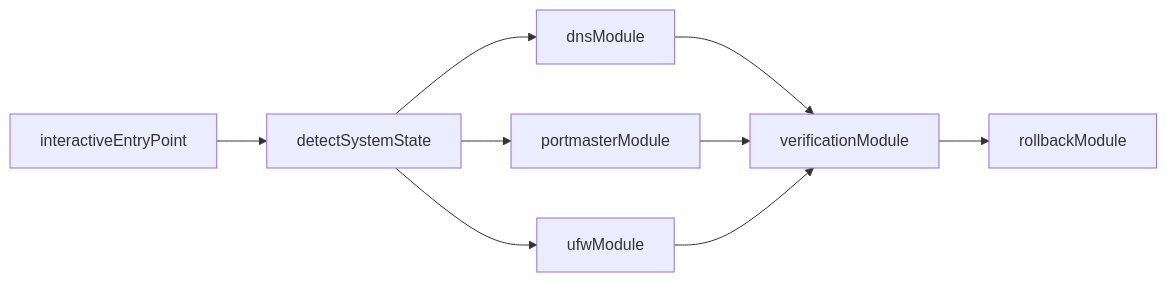
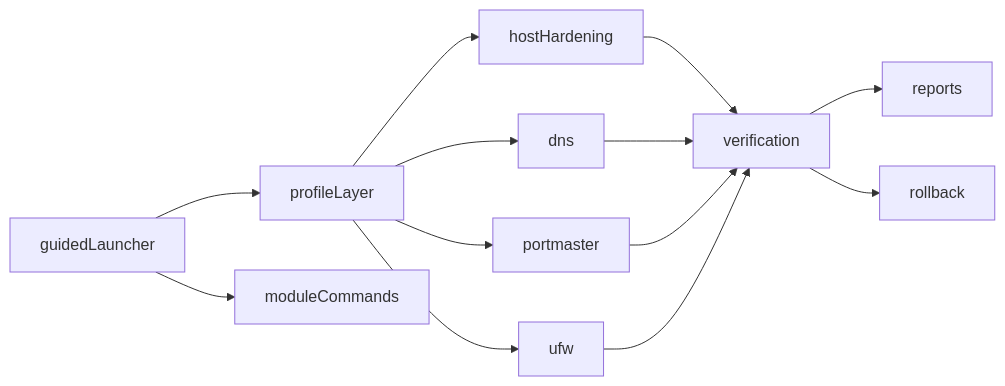
The diagram in docs/architecture.md (AcerThyRacer/Linux-Extra-Security), drawn with Mermaid before and after one commit. The commit also changed other lines of this file and 43 other files, not shown here.

First line of the commit message:
feat: expand toolkit into guided hardening suite

````diff
--- a/docs/architecture.md
+++ b/docs/architecture.md
@@ -9,11 +12,15 @@
 ```mermaid
 flowchart LR
-entry[interactiveEntryPoint] --> detect[detectSystemState]
-detect --> dns[dnsModule]
-detect --> pm[portmasterModule]
-detect --> ufw[ufwModule]
-dns --> verify[verificationModule]
+entry[guidedLauncher] --> profiles[profileLayer]
+entry --> modules[moduleCommands]
+profiles --> dns[dns]
+profiles --> pm[portmaster]
+profiles --> fw[ufw]
+profiles --> host[hostHardening]
+host --> verify[verification]
+dns --> verify
 pm --> verify
-ufw --> verify
-verify --> rollback[rollbackModule]
+fw --> verify
+verify --> reports[reports]
+verify --> rollback[rollback]
 ```
````
